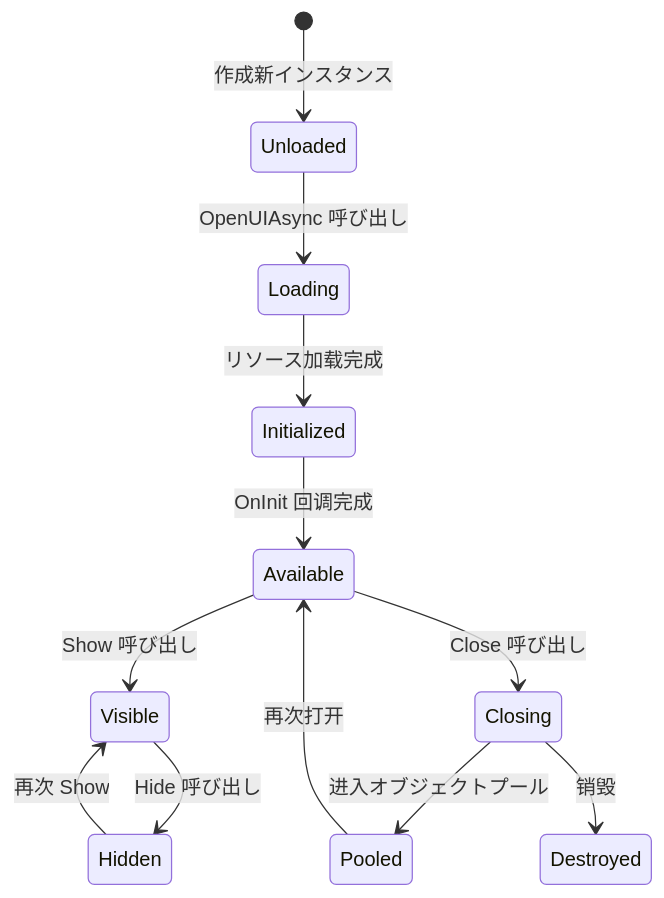
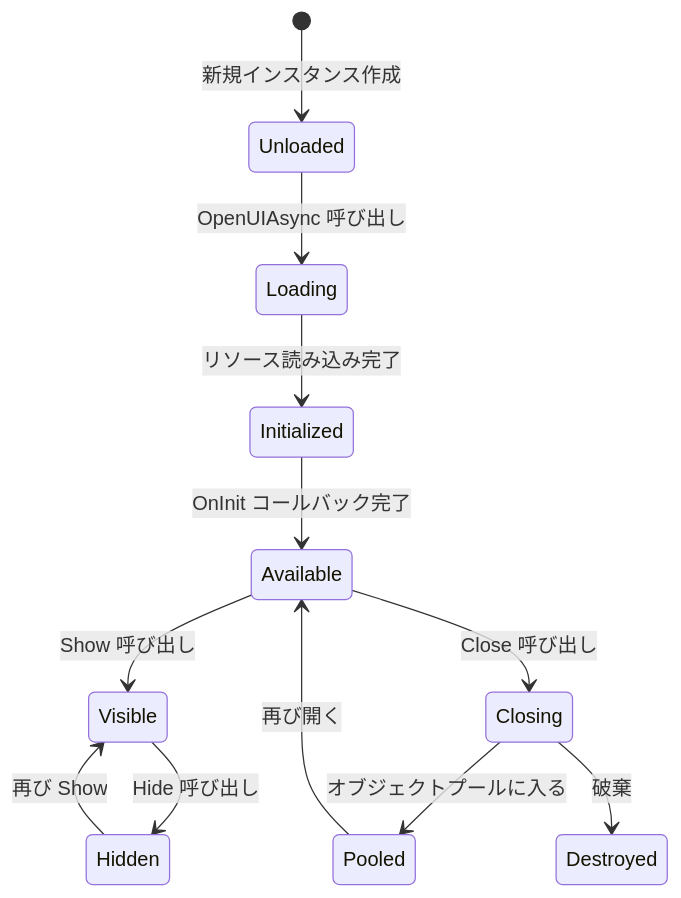
The second of 4 diagrams in docs/ja/client/unity/component/ui/04.ui-component.md (AlianBlank/GameFrameX.Docs), drawn with Mermaid before and after one commit. The commit also changed other lines of this file and 320 other files, not shown here.

````diff
--- a/docs/ja/client/unity/component/ui/04.ui-component.md
+++ b/docs/ja/client/unity/component/ui/04.ui-component.md
@@ -98,14 +98,14 @@
 ```mermaid
 stateDiagram-v2
-    [*] --> Unloaded: 作成新インスタンス
+    [*] --> Unloaded: 新規インスタンス作成
     Unloaded --> Loading: OpenUIAsync 呼び出し
-    Loading --> Initialized: リソース加载完成
-    Initialized --> Available: OnInit 回调完成
+    Loading --> Initialized: リソース読み込み完了
+    Initialized --> Available: OnInit コールバック完了
     Available --> Visible: Show 呼び出し
     Visible --> Hidden: Hide 呼び出し
-    Hidden --> Visible: 再次 Show
+    Hidden --> Visible: 再び Show
     Available --> Closing: Close 呼び出し
-    Closing --> Pooled: 进入オブジェクトプール
-    Pooled --> Available: 再次打开
-    Closing --> Destroyed: 销毁
+    Closing --> Pooled: オブジェクトプールに入る
+    Pooled --> Available: 再び開く
+    Closing --> Destroyed: 破棄
 ```
````
